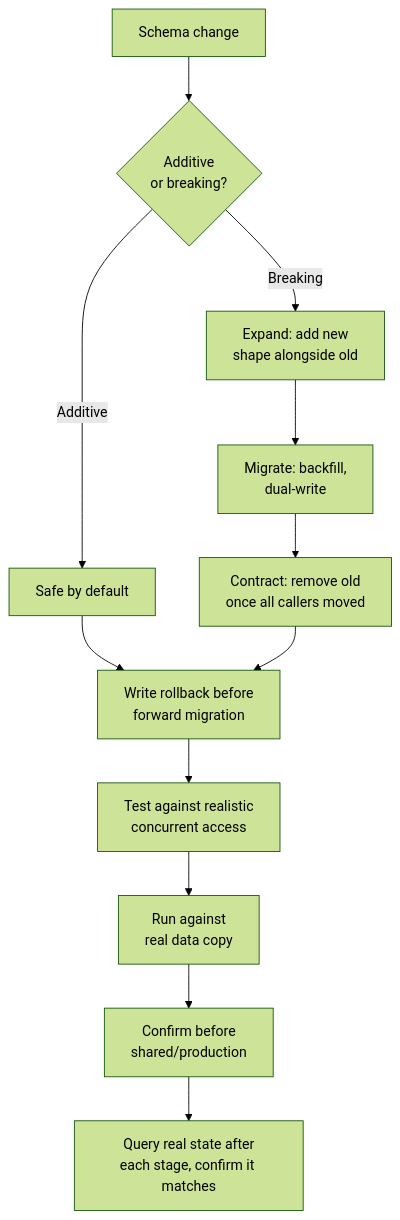
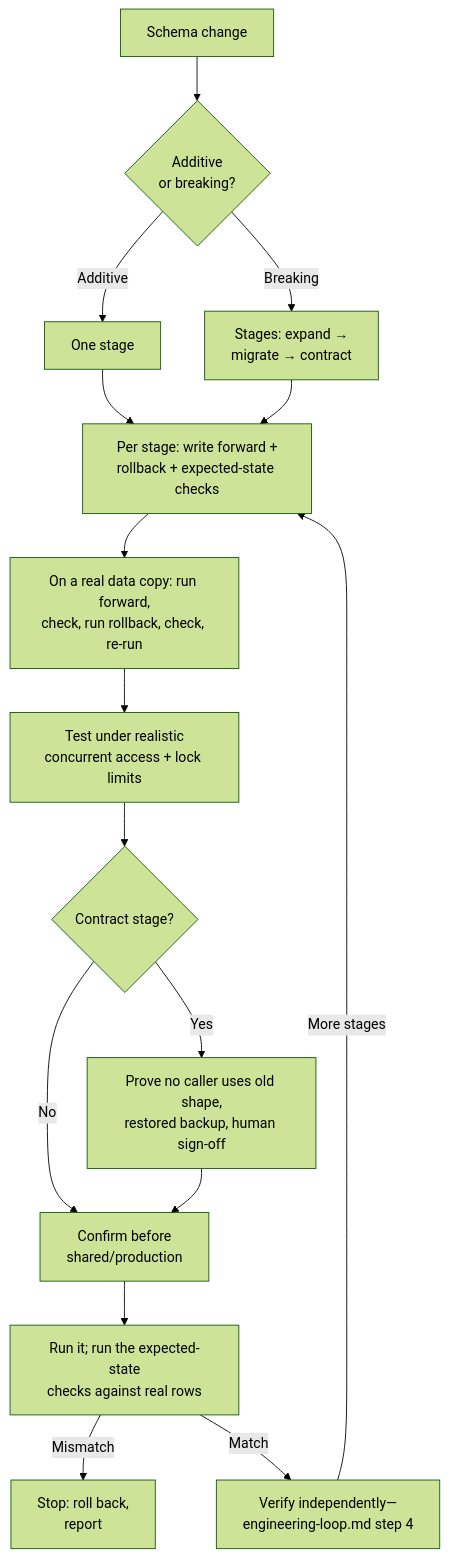
One commit to chiragmangaldev3112/agent-playbooks changed diagram 18 of 38 in FLOWS.md. Above: the diagram before and after it, drawn with Mermaid (forest theme). The commit also changed other lines of this file and 6 other files, not shown here.

First line of the commit message:
Sync docs for content 1.29.0: flows, examples, changelog, custom bots

````diff
--- a/FLOWS.md
+++ b/FLOWS.md
@@ -302,14 +347,18 @@
 ```mermaid
 flowchart TD
     A[Schema change] --> B{Additive\nor breaking?}
-    B -->|Additive| C[Safe by default]
-    B -->|Breaking| D[Expand: add new\nshape alongside old]
-    D --> E[Migrate: backfill,\ndual-write]
-    E --> F[Contract: remove old\nonce all callers moved]
-    C --> G[Write rollback before\nforward migration]
-    F --> G
-    G --> H[Test against realistic\nconcurrent access]
-    H --> I[Run against\nreal data copy]
-    I --> J[Confirm before\nshared/production]
-    J --> K[Query real state after\neach stage, confirm it matches]
+    B -->|Additive| C[One stage]
+    B -->|Breaking| D[Stages: expand →\nmigrate → contract]
+    C --> G
+    D --> G[Per stage: write forward +\nrollback + expected-state checks]
+    G --> R[On a real data copy: run forward,\ncheck, run rollback, check, re-run]
+    R --> H[Test under realistic\nconcurrent access + lock limits]
+    H --> X{Contract stage?}
+    X -->|Yes| Y[Prove no caller uses old shape,\nrestored backup, human sign-off]
+    X -->|No| J
+    Y --> J[Confirm before\nshared/production]
+    J --> K[Run it; run the expected-state\nchecks against real rows]
+    K -->|Mismatch| L[Stop: roll back,\nreport]
+    K -->|Match| V[Verify independently—\nengineering-loop.md step 4]
+    V -->|More stages| G
 ```
````
